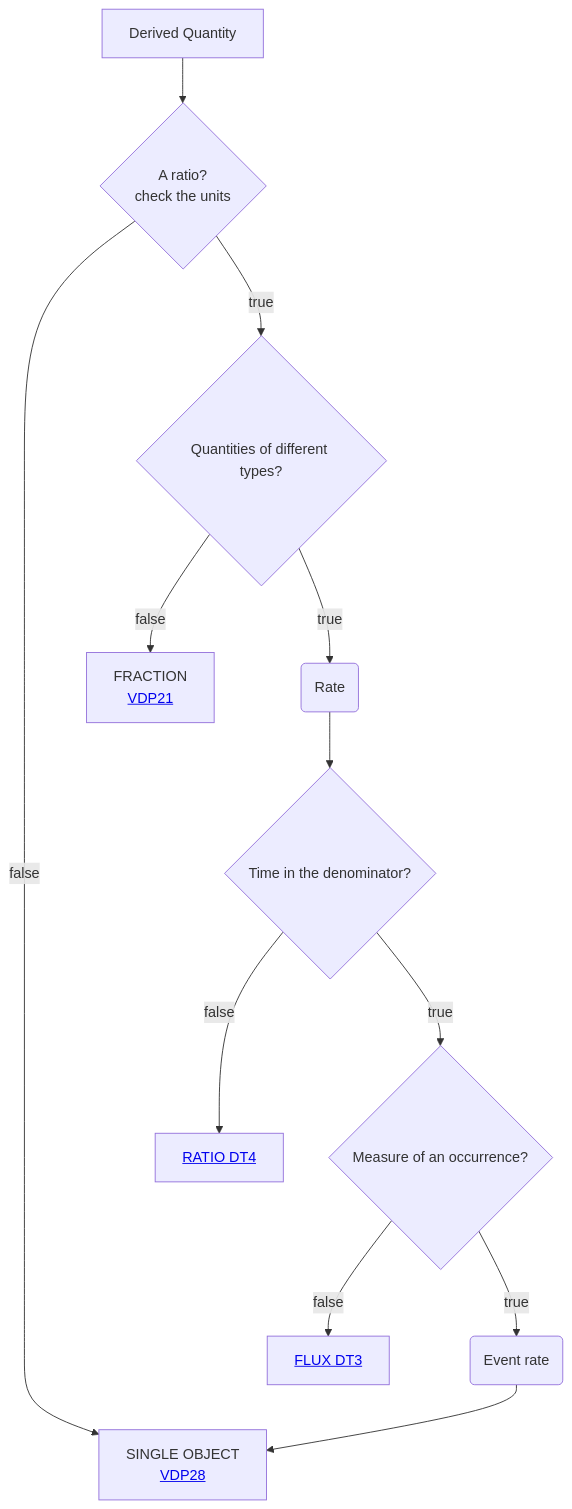
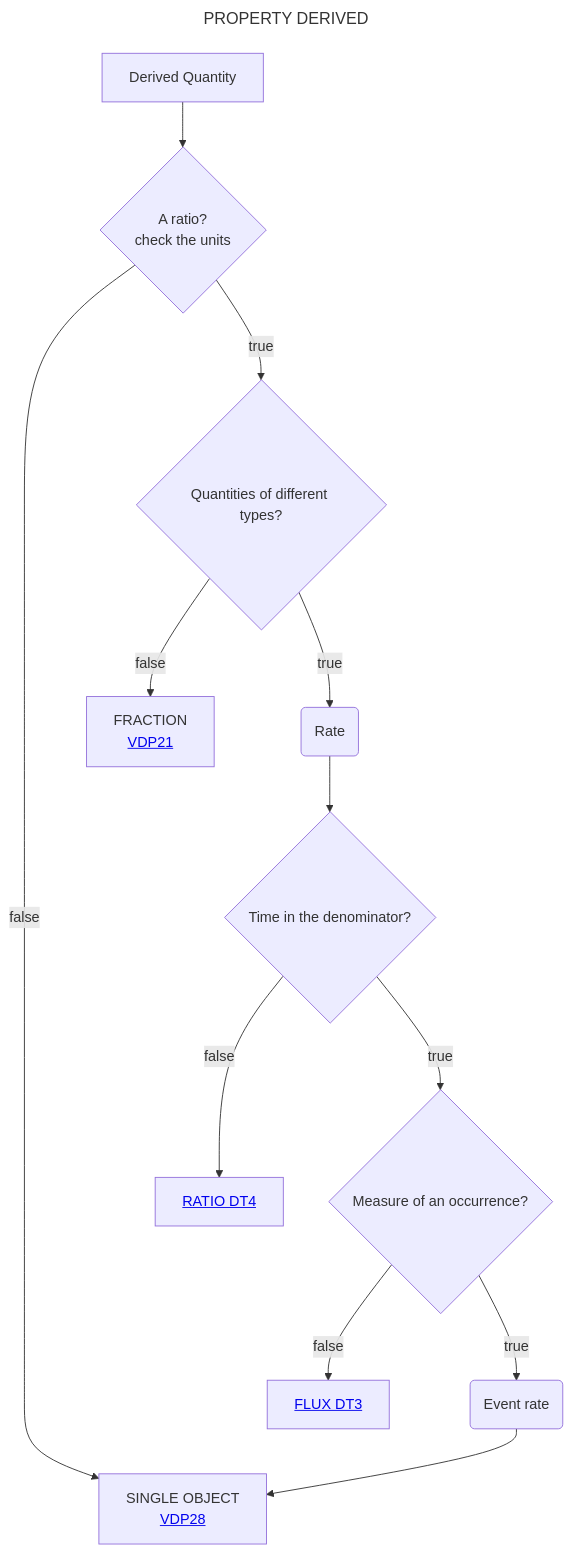
The diagram in Decisition_trees/DT2.mmd (mabablue/I-ADOPT-patterns-playground), drawn with Mermaid before and after one commit.

```diff
--- a/Decisition_trees/DT2.mmd
+++ b/Decisition_trees/DT2.mmd
@@ -1,12 +1,15 @@
+---
+title: PROPERTY DERIVED
+---
 flowchart TD
     A[Derived Quantity] --> B{A ratio?<br>check the units}
     B --> |true|C{Quantities of different types?} 
     B --> |false|I[SINGLE OBJECT <br> <a href='https://github.com/mabablue/I-ADOPT-patterns-playground/blob/main/pattern/VDP28.yaml'>VDP28</a>]
     C --> |true|MN(Rate) 
     MN --> N{Time in the denominator?}
     C --> |false|D[FRACTION <br> <a href='https://github.com/mabablue/I-ADOPT-patterns-playground/blob/main/pattern/VDP21.yaml'>VDP21</a>]
     N --> |true|E{Measure of an occurrence?}
     N --> |false|O[<a href='https://github.com/mabablue/I-ADOPT-patterns-playground/blob/main/Decisition_trees/DT4.mmd'>RATIO DT4</a>]
     E --> |true|L(Event rate)
     E --> |false|K[<a href='https://github.com/mabablue/I-ADOPT-patterns-playground/blob/main/Decisition_trees/DT3.mmd'>FLUX DT3</a>]
     L --> I
```
